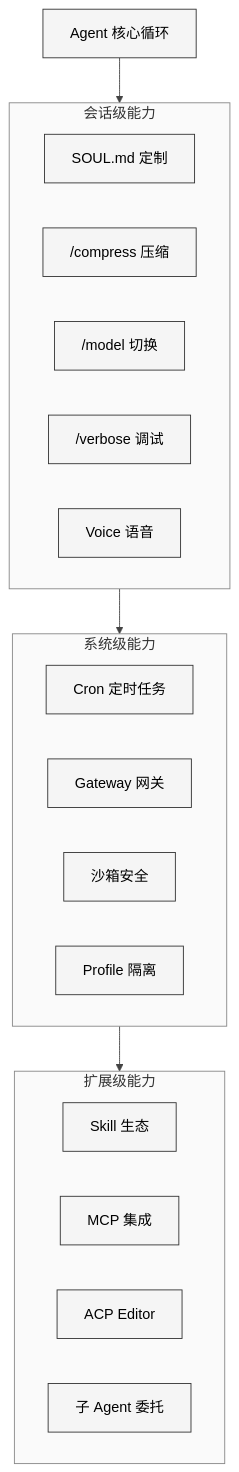
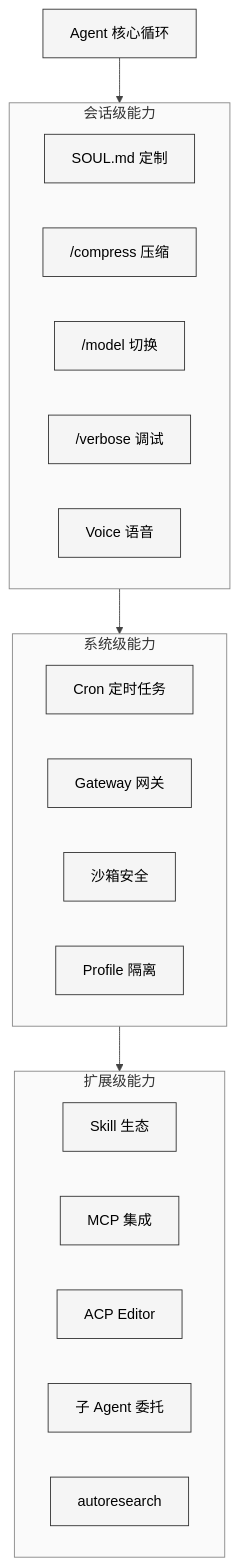
The eighth of 8 diagrams in part1-principles-and-usage/04-高级使用方法.md (xiaonancs/hermes-agent-study), drawn with Mermaid before and after one commit. The commit also changed other lines of this file and 5 other files, not shown here.

````diff
--- a/part1-principles-and-usage/04-高级使用方法.md
+++ b/part1-principles-and-usage/04-高级使用方法.md
@@ -1059,26 +1231,27 @@
 ```mermaid
 %%{init: {'theme': 'neutral', 'themeVariables': {'background': '#ffffff', 'primaryColor': '#f5f5f5', 'primaryTextColor': '#000000', 'primaryBorderColor': '#333333', 'lineColor': '#444444', 'textColor': '#000000', 'mainBkg': '#f5f5f5', 'nodeBorder': '#333333', 'clusterBkg': '#fafafa', 'clusterBorder': '#888888', 'edgeLabelBackground': '#ffffff'}}}%%
 graph TD
     subgraph inner ["会话级能力"]
         SOUL["SOUL.md 定制"]
         COMPRESS["/compress 压缩"]
         MODEL["/model 切换"]
         VERBOSE["/verbose 调试"]
         VOICE["Voice 语音"]
     end
     subgraph middle ["系统级能力"]
         CRON["Cron 定时任务"]
         GATEWAY["Gateway 网关"]
         SANDBOX["沙箱安全"]
         PROFILE["Profile 隔离"]
     end
     subgraph outer ["扩展级能力"]
         SKILL["Skill 生态"]
         MCP["MCP 集成"]
         ACP["ACP Editor"]
         DELEGATE["子 Agent 委托"]
+        AUTORESEARCH["autoresearch"]
     end
     CORE["Agent 核心循环"] --> inner
     inner --> middle
     middle --> outer
 ```
````
